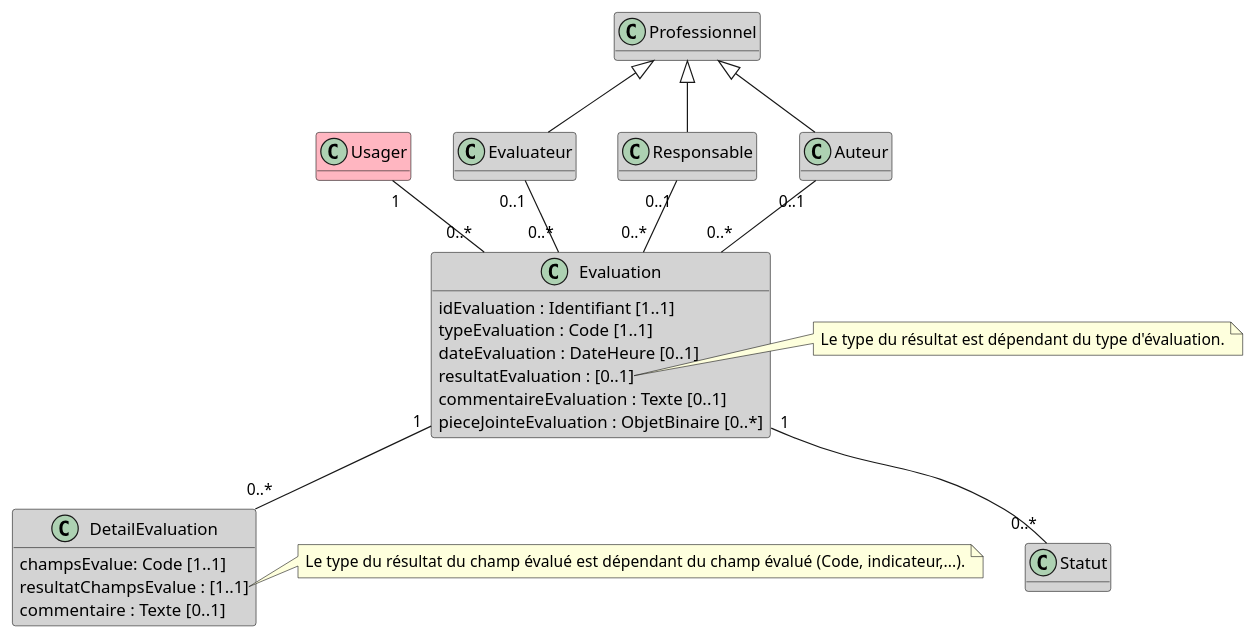
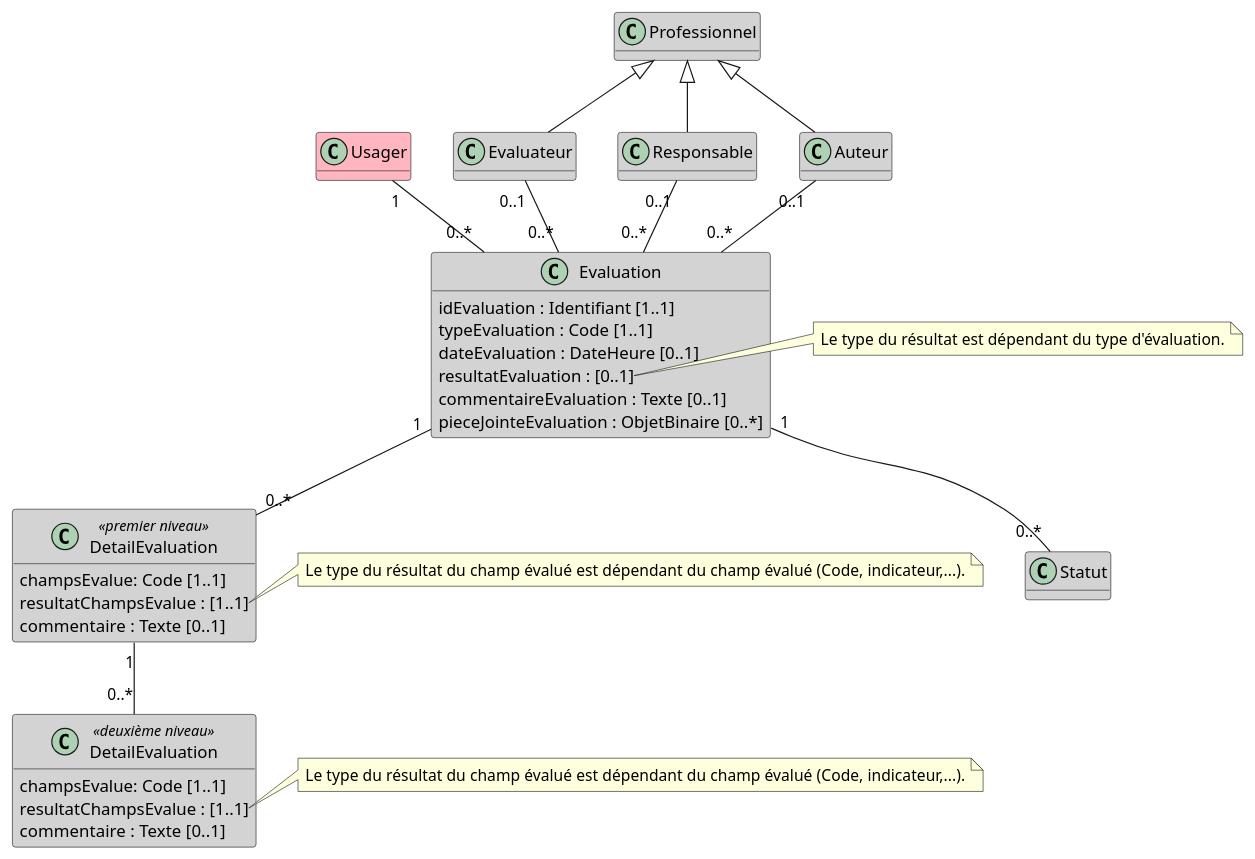
One commit to ansforge/IG-fhir-medicosocial-transfert-donnees-dui changed the diagram in input/images-source/bloc_evaluation-grille.plantuml. Above: the diagram before and after it, drawn with PlantUML. The commit also changed 1 other file, not shown here.

Commit message:
Ajout JDV_ResultatQuestionEvaluation_CISIS (#255)
* Ajout JDV_ResultatQuestionEvaluation_CISIS

* MAJ resultatChampsEvalue

* DetailEvaluation

* grille évaluation

* detail evaluation

* Update sfe_modelisation_contenu.md

* Update sfe_modelisation_contenu.md

* Update sfe_modelisation_contenu.md

```diff
--- a/input/images-source/bloc_evaluation-grille.plantuml
+++ b/input/images-source/bloc_evaluation-grille.plantuml
@@ -1,50 +1,62 @@
 @startuml
 
 hide empty methods
 
 class Usager #LightPink
 
 class Evaluateur #LightGray
 
 class Responsable #LightGray
 
 class Auteur #LightGray
 
 class Professionnel #LightGray
 
 class Statut #LightGray
 
 class Evaluation #LightGray {
     idEvaluation : Identifiant [1..1]
     typeEvaluation : Code [1..1]
     dateEvaluation : DateHeure [0..1]
     resultatEvaluation : [0..1]
     commentaireEvaluation : Texte [0..1]
     pieceJointeEvaluation : ObjetBinaire [0..*]
 }
 
 note right of Evaluation::resultat
   Le type du résultat est dépendant du type d'évaluation.
 end note
 
-class DetailEvaluation #LightGray {
+class "DetailEvaluation" as DetailEvaluationN1 <<premier niveau>> #LightGray {
     champsEvalue: Code [1..1]
     resultatChampsEvalue : [1..1]
     commentaire : Texte [0..1]
 }
 
-note right of DetailEvaluation::resultatChampsEvalue
+note right of DetailEvaluationN1::resultatChampsEvalue
+  Le type du résultat du champ évalué est dépendant du champ évalué (Code, indicateur,...).
+end note
+
+class "DetailEvaluation" as DetailEvaluationN2 <<deuxième niveau>> #LightGray {
+    champsEvalue: Code [1..1]
+    resultatChampsEvalue : [1..1]
+    commentaire : Texte [0..1]
+}
+
+note right of DetailEvaluationN2::resultatChampsEvalue
   Le type du résultat du champ évalué est dépendant du champ évalué (Code, indicateur,...).
 end note
 
 Professionnel <|-- Evaluateur
 Professionnel <|-- Responsable
 Professionnel <|-- Auteur
+
 Evaluateur "0..1" -- "0..*" Evaluation
 Responsable "0..1" -- "0..*" Evaluation
 Auteur "0..1" -- "0..*" Evaluation
 Usager "1" -- "0..*" Evaluation
-Evaluation "1" -- "0..*" DetailEvaluation
+Evaluation "1" -- "0..*" DetailEvaluationN1
+DetailEvaluationN1 "1" -- "0..*" DetailEvaluationN2
 Evaluation "1" -- "0..*" Statut
 
 @enduml
```
